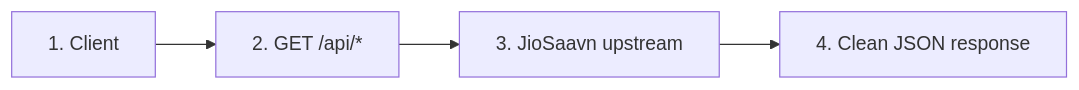
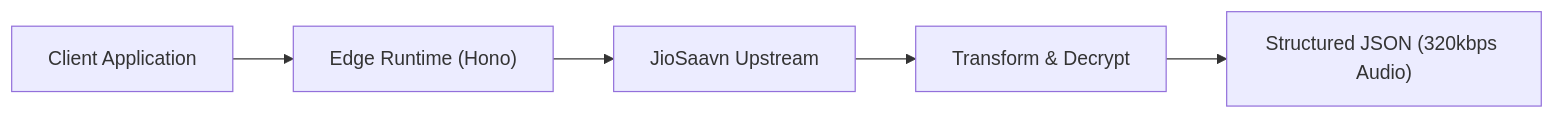
One commit to anirudhanishal/jiosaavn changed the diagram in README.md. Above: the diagram before and after it, drawn with Mermaid. The commit also changed other lines of this file and 4 other files, not shown here.

````diff
--- a/README.md
+++ b/README.md
@@ -33,6 +40,7 @@
 ```mermaid
 flowchart LR
-  A["1. Client"] --> B["2. GET /api/*"]
-  B --> C["3. JioSaavn upstream"]
-  C --> D["4. Clean JSON response"]
+    Client["Client Application"] --> Edge["Edge Runtime (Hono)"]
+    Edge --> Upstream["JioSaavn Upstream"]
+    Upstream --> Formatter["Transform & Decrypt"]
+    Formatter --> Response["Structured JSON (320kbps Audio)"]
 ```
````
